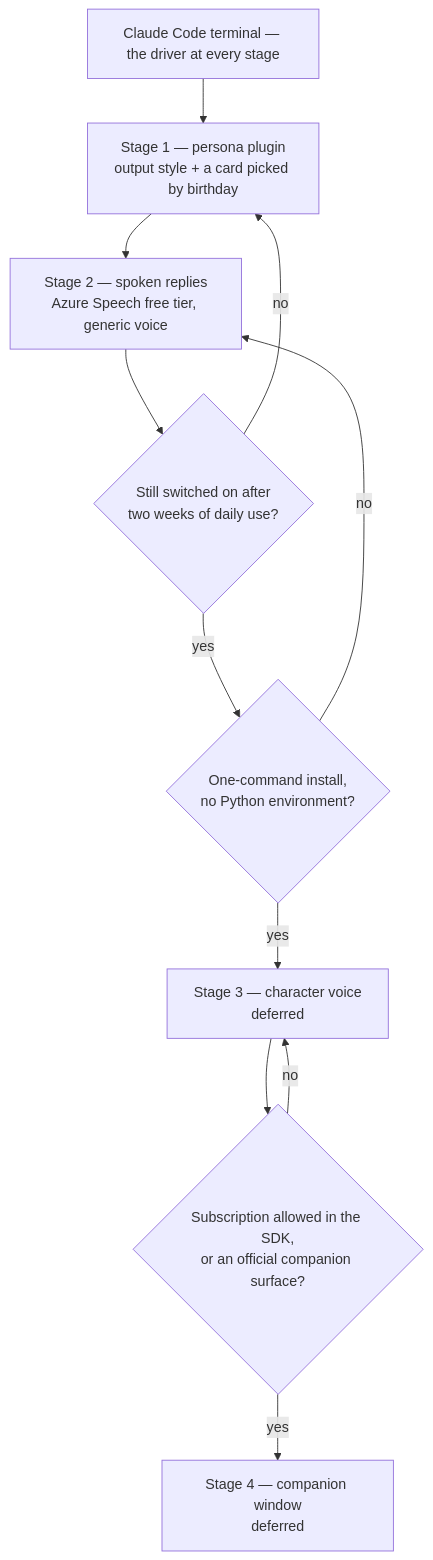
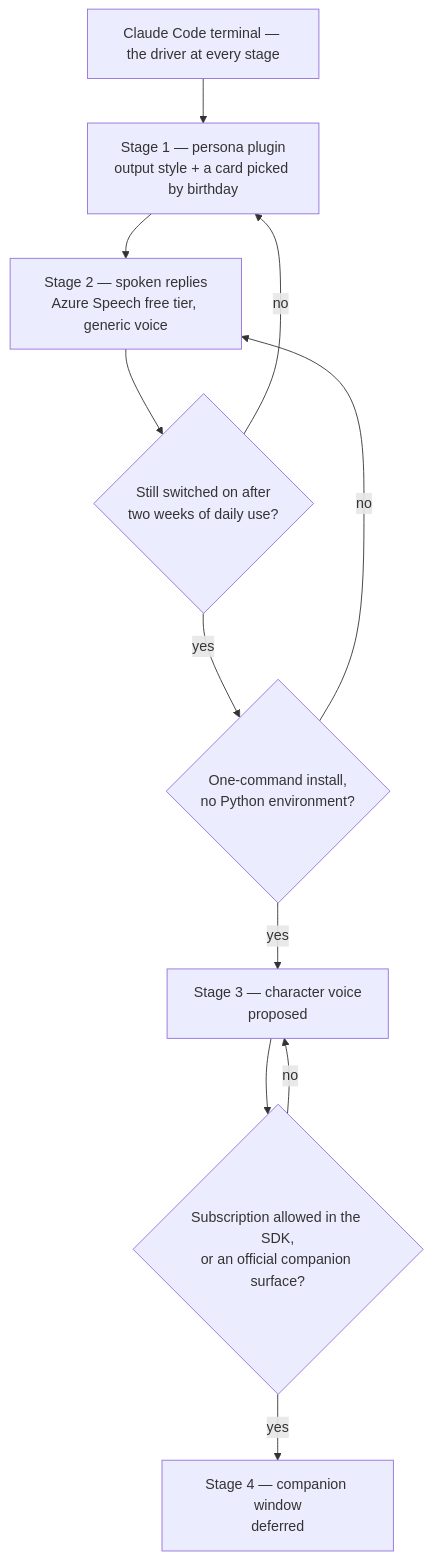
The diagram in apps/web/content/docs/infra/claude-interface/index.md (Esposter/Esposter), drawn with Mermaid before and after one commit. The commit also changed other lines of this file and 11 other files, not shown here.

First line of the commit message:
docs(infra): the character voice is proposed — Chatterbox from Node on WebGPU, the reference chosen and scored from the wiki, the Azure Speech path removed whole

````diff
--- a/apps/web/content/docs/infra/claude-interface/index.md
+++ b/apps/web/content/docs/infra/claude-interface/index.md
@@ -32,22 +32,22 @@
 ```mermaid
 flowchart TD
     Terminal[Claude Code terminal — the driver at every stage]
     Persona[Stage 1 — persona plugin<br/>output style + a card picked by birthday]
     Speak[Stage 2 — spoken replies<br/>Azure Speech free tier, generic voice]
-    Voice[Stage 3 — character voice<br/>deferred]
+    Voice[Stage 3 — character voice<br/>proposed]
     Companion[Stage 4 — companion window<br/>deferred]
     Gate2{Still switched on after<br/>two weeks of daily use?}
     Gate3{One-command install,<br/>no Python environment?}
     Gate4{Subscription allowed in the SDK,<br/>or an official companion surface?}
 
     Terminal --> Persona
     Persona --> Speak
     Speak --> Gate2
     Gate2 -- yes --> Gate3
     Gate3 -- yes --> Voice
     Voice --> Gate4
     Gate4 -- yes --> Companion
     Gate2 -- no --> Persona
     Gate3 -- no --> Speak
     Gate4 -- no --> Voice
 ```
````
